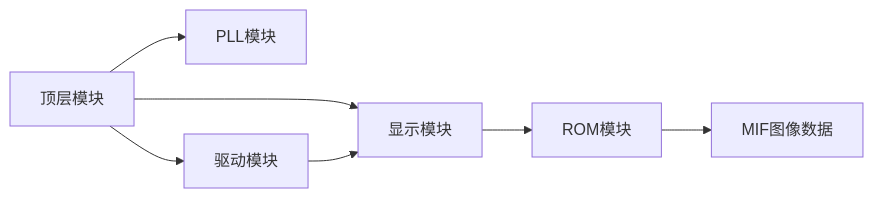
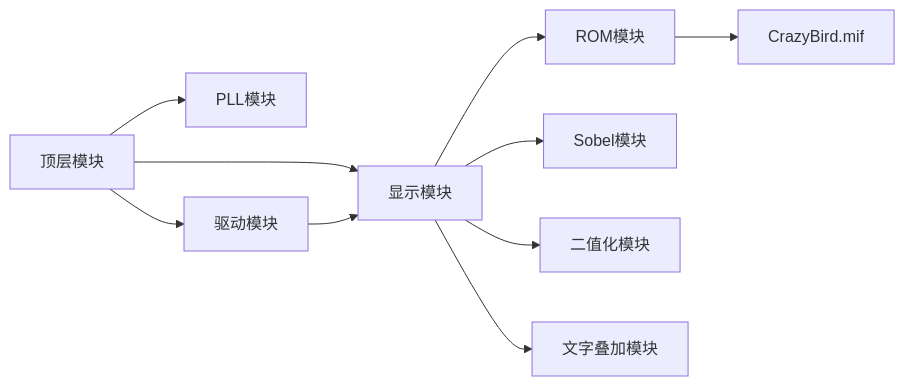
Before and after one commit to soupherexd/LCD_ROM_PIC: the fourth of 4 diagrams in .qoder/repowiki/zh/content/项目概述/项目介绍.md, drawn with Mermaid. The commit also changed other lines of this file and 3 other files, not shown here.

````diff
--- a/.qoder/repowiki/zh/content/项目概述/项目介绍.md
+++ b/.qoder/repowiki/zh/content/项目概述/项目介绍.md
@@ -232,9 +281,12 @@
 ```mermaid
 graph LR
 TOP["顶层模块"] --> PLL["PLL模块"]
 TOP --> DRV["驱动模块"]
 TOP --> DISP["显示模块"]
 DISP --> ROM["ROM模块"]
-ROM --> MIF["MIF图像数据"]
+ROM --> MIF["CrazyBird.mif"]
+DISP --> SOBEL["Sobel模块"]
+DISP --> BINARY["二值化模块"]
+DISP --> TEXT["文字叠加模块"]
 DRV --> DISP
 ```
````
